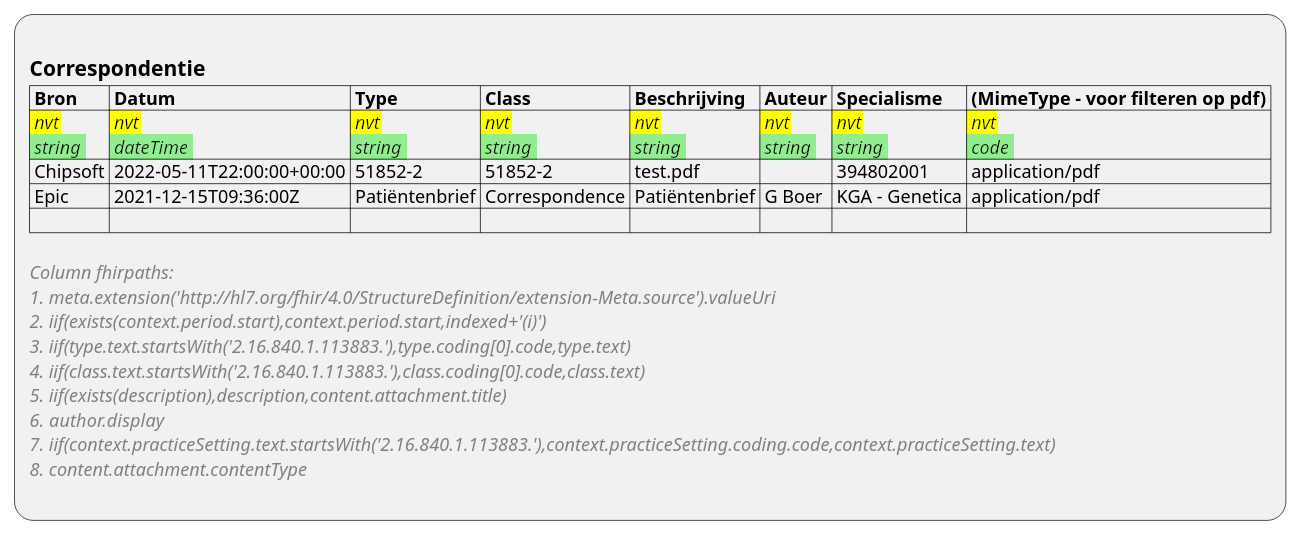
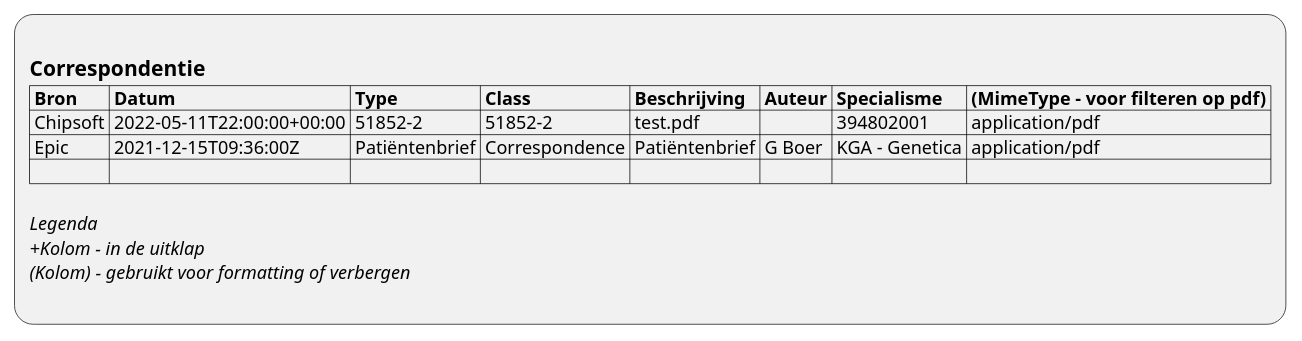
One commit to RIVO-Noord/zorgviewer-ig changed the diagram in input/images-source/ViewDefinition-DocumentReference.plantuml. Above: the diagram before and after it, drawn with PlantUML. The commit also changed 35 other files, not shown here.

```diff
--- a/input/images-source/ViewDefinition-DocumentReference.plantuml
+++ b/input/images-source/ViewDefinition-DocumentReference.plantuml
@@ -1,20 +1,13 @@
 @startuml ViewDefinition-DocumentReference
 :
 == Correspondentie
 |= Bron |= Datum |= Type |= Class |= Beschrijving |= Auteur |= Specialisme |= (MimeType - voor filteren op pdf) |
-|<back:yellow> //nvt//\n<back:lightgreen> //string// |<back:yellow> //nvt//\n<back:lightgreen> //dateTime// |<back:yellow> //nvt//\n<back:lightgreen> //string// |<back:yellow> //nvt//\n<back:lightgreen> //string// |<back:yellow> //nvt//\n<back:lightgreen> //string// |<back:yellow> //nvt//\n<back:lightgreen> //string// |<back:yellow> //nvt//\n<back:lightgreen> //string// |<back:yellow> //nvt//\n<back:lightgreen> //code// |
 | Chipsoft | 2022-05-11T22:00:00+00:00 | 51852-2 | 51852-2 | test.pdf |  | 394802001 | application/pdf |
 | Epic | 2021-12-15T09:36:00Z | Patiëntenbrief | Correspondence | Patiëntenbrief | G Boer | KGA - Genetica | application/pdf |
 | |
 
-<color:gray>//Column fhirpaths://
-<color:gray>//1. meta.extension('http:~//hl7.org/fhir/4.0/StructureDefinition/extension-Meta.source').valueUri//
-<color:gray>//2. iif(exists(context.period.start),context.period.start,indexed+'(i)')//
-<color:gray>//3. iif(type.text.startsWith('2.16.840.1.113883.'),type.coding[0].code,type.text)//
-<color:gray>//4. iif(class.text.startsWith('2.16.840.1.113883.'),class.coding[0].code,class.text)//
-<color:gray>//5. iif(exists(description),description,content.attachment.title)//
-<color:gray>//6. author.display//
-<color:gray>//7. iif(context.practiceSetting.text.startsWith('2.16.840.1.113883.'),context.practiceSetting.coding.code,context.practiceSetting.text)//
-<color:gray>//8. content.attachment.contentType//
+//Legenda//
+//+Kolom - in de uitklap//
+//(Kolom) - gebruikt voor formatting of verbergen//
 ;
 @enduml
```
